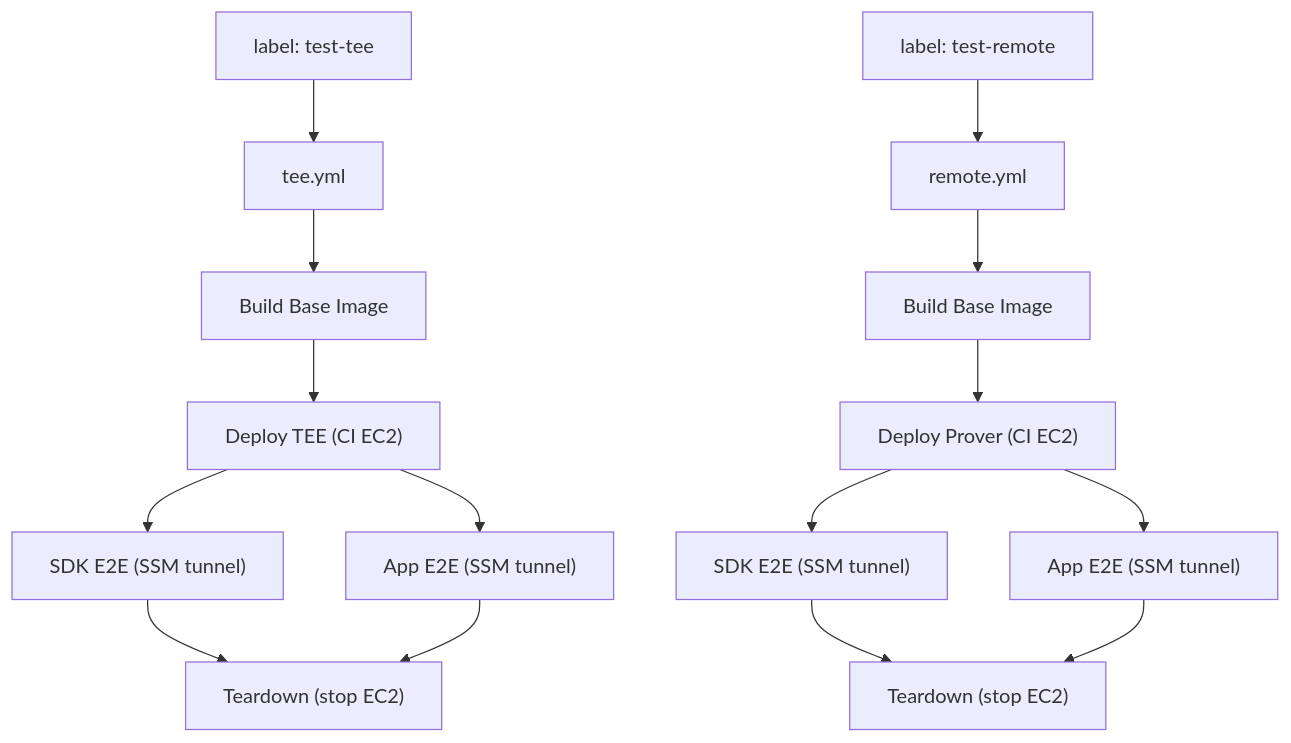
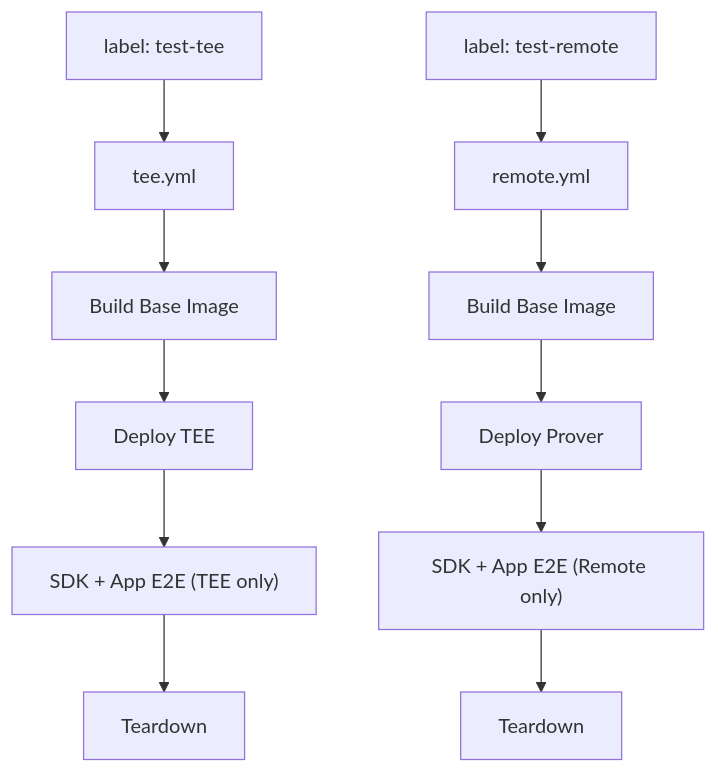
Before and after one commit to alejoamiras/tee-rex: the third of 5 diagrams in lessons/ci-pipeline-audit.md, drawn with Mermaid. The commit also changed other lines of this file and 3 other files, not shown here.

First line of the commit message:
feat: combined infra workflow for TEE + Remote e2e (#54)

````diff
--- a/lessons/ci-pipeline-audit.md
+++ b/lessons/ci-pipeline-audit.md
@@ -59,19 +76,15 @@
 ```mermaid
 graph TD
     label_tee["label: test-tee"] --> tee["tee.yml"]
     label_remote["label: test-remote"] --> remote["remote.yml"]
 
     tee --> tee_base["Build Base Image"]
-    tee_base --> tee_deploy["Deploy TEE (CI EC2)"]
-    tee_deploy --> tee_sdk_e2e["SDK E2E (SSM tunnel)"]
-    tee_deploy --> tee_app_e2e["App E2E (SSM tunnel)"]
-    tee_sdk_e2e --> tee_teardown["Teardown (stop EC2)"]
-    tee_app_e2e --> tee_teardown
+    tee_base --> tee_deploy["Deploy TEE"]
+    tee_deploy --> tee_e2e["SDK + App E2E (TEE only)"]
+    tee_e2e --> tee_teardown["Teardown"]
 
     remote --> rem_base["Build Base Image"]
-    rem_base --> rem_deploy["Deploy Prover (CI EC2)"]
-    rem_deploy --> rem_sdk_e2e["SDK E2E (SSM tunnel)"]
-    rem_deploy --> rem_app_e2e["App E2E (SSM tunnel)"]
-    rem_sdk_e2e --> rem_teardown["Teardown (stop EC2)"]
-    rem_app_e2e --> rem_teardown
+    rem_base --> rem_deploy["Deploy Prover"]
+    rem_deploy --> rem_e2e["SDK + App E2E (Remote only)"]
+    rem_e2e --> rem_teardown["Teardown"]
 ```
````
